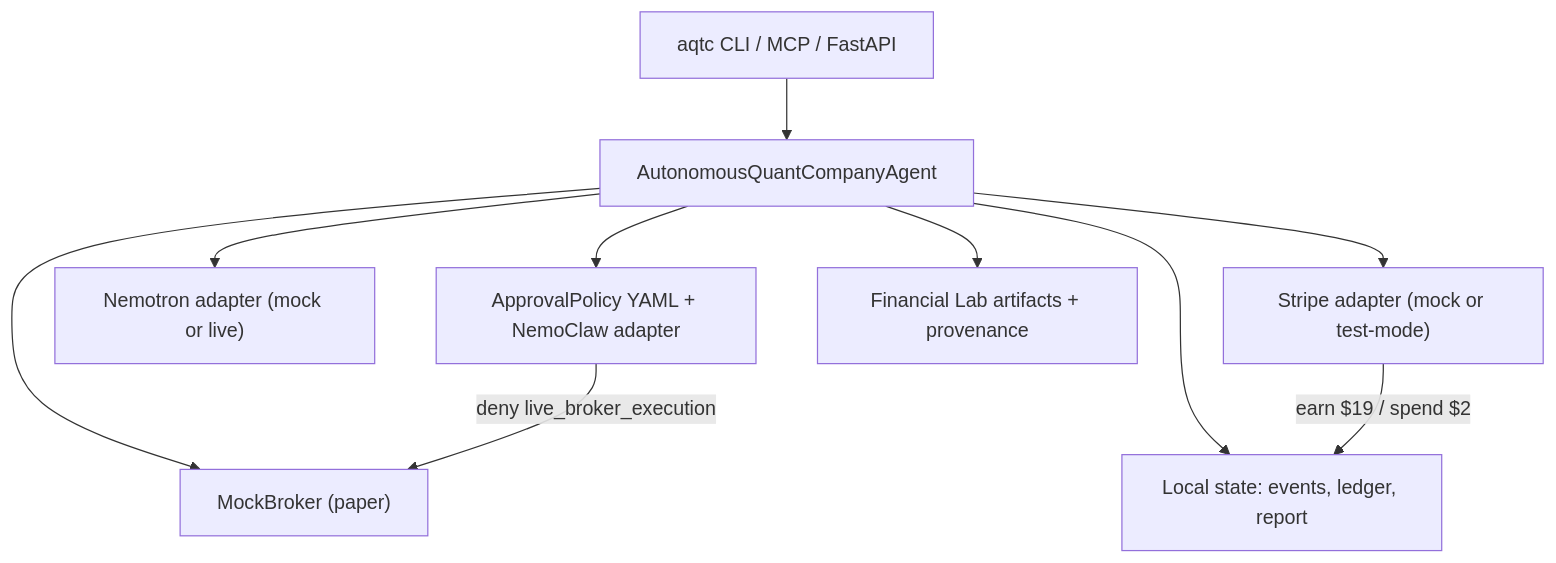
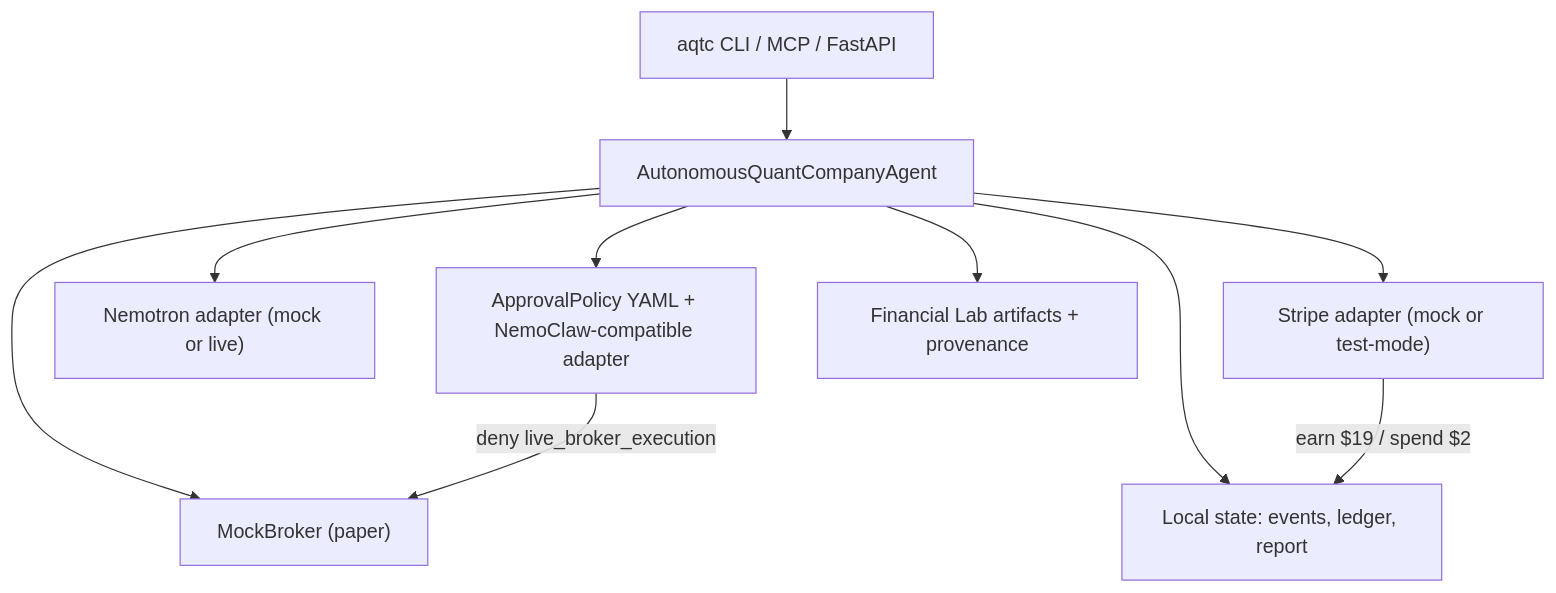
The diagram in README.md (Grizaceo/autonomous-quant-company), drawn with Mermaid before and after one commit. The commit also changed other lines of this file and 18 other files, not shown here.

````diff
--- a/README.md
+++ b/README.md
@@ -52,12 +55,12 @@
 ```mermaid
 flowchart TB
   CLI["aqtc CLI / MCP / FastAPI"] --> Agent["AutonomousQuantCompanyAgent"]
-  Agent --> Policy["ApprovalPolicy YAML + NemoClaw adapter"]
+  Agent --> Policy["ApprovalPolicy YAML + NemoClaw-compatible adapter"]
   Agent --> Nemotron["Nemotron adapter (mock or live)"]
   Agent --> Stripe["Stripe adapter (mock or test-mode)"]
   Agent --> FinLab["Financial Lab artifacts + provenance"]
   Agent --> Broker["MockBroker (paper)"]
   Agent --> Ledger["Local state: events, ledger, report"]
   Policy -->|deny live_broker_execution| Broker
   Stripe -->|earn $19 / spend $2| Ledger
 ```
````
